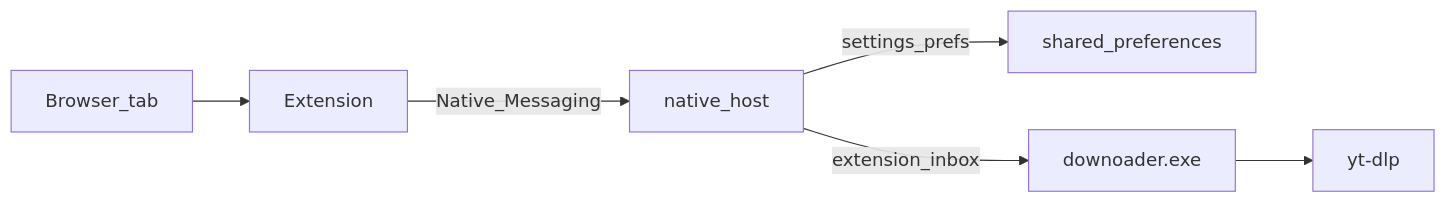
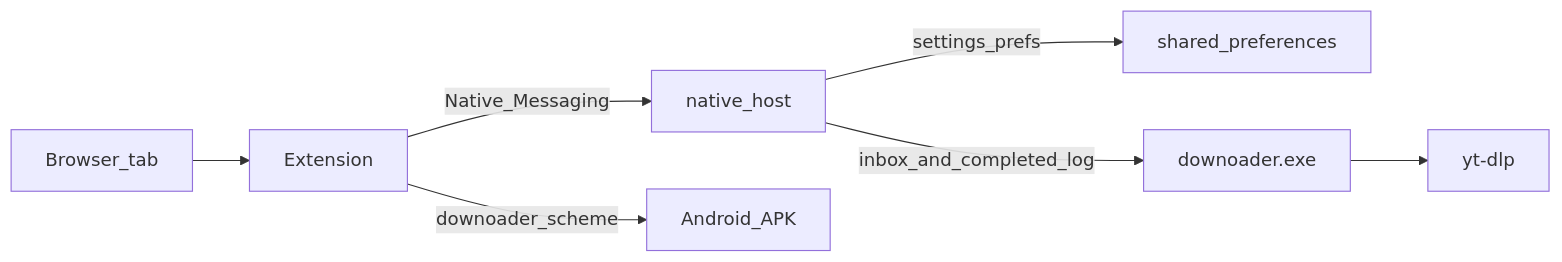
The diagram in README.md (redubbledd1-ops/DDownloader), drawn with Mermaid before and after one commit. The commit also changed other lines of this file and 16 other files, not shown here.

Commit message:
wijzigingen in 20 bestanden (README.md, downoader_native_host.exe, +18)

````diff
--- a/README.md
+++ b/README.md
@@ -84,8 +86,9 @@
 ```mermaid
 flowchart LR
   Tab[Browser_tab] --> Ext[Extension]
   Ext -->|Native_Messaging| Host[native_host]
   Host -->|settings_prefs| Prefs[shared_preferences]
-  Host -->|extension_inbox| App[downoader.exe]
+  Host -->|inbox_and_completed_log| App[downoader.exe]
   App --> YtDlp[yt-dlp]
+  Ext -->|downoader_scheme| AndroidApp[Android_APK]
 ```
````
